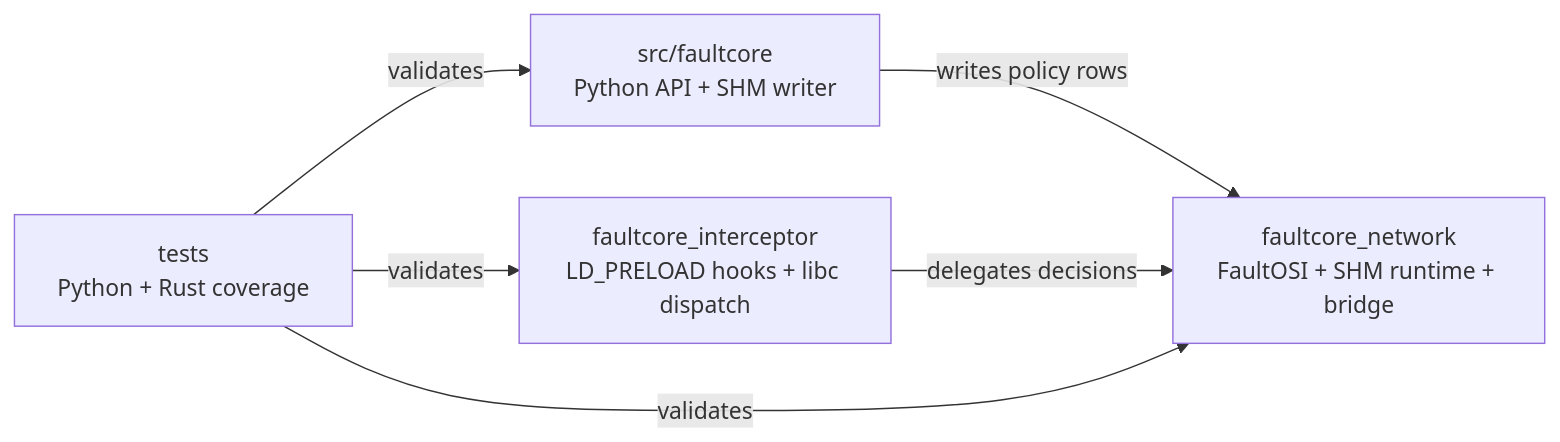
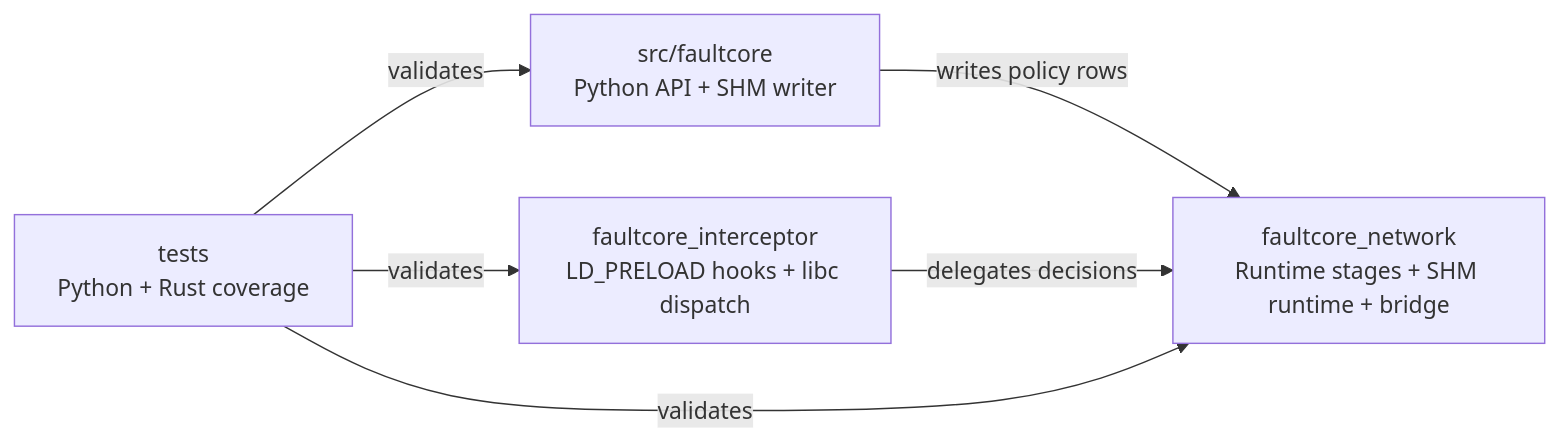
The first of 3 diagrams in docs/architecture.md (albertobadia/faultcore), drawn with Mermaid before and after one commit. The commit also changed other lines of this file and 64 other files, not shown here.

Commit message:
IMPROVE: Add type hints, return annotations, and use context managers for socket operations across codebase CHANGE: Rename FaultOSI terminology to runtime-stage execution graph (R0..R8) in architecture docs

````diff
--- a/docs/architecture.md
+++ b/docs/architecture.md
@@ -22,13 +22,13 @@
 ```mermaid
 flowchart LR
     P["src/faultcore<br/>Python API + SHM writer"]
-    N["faultcore_network<br/>FaultOSI + SHM runtime + bridge"]
+    N["faultcore_network<br/>Runtime stages + SHM runtime + bridge"]
     I["faultcore_interceptor<br/>LD_PRELOAD hooks + libc dispatch"]
     T["tests<br/>Python + Rust coverage"]
 
     P -->|"writes policy rows"| N
     I -->|"delegates decisions"| N
     T -->|"validates"| P
     T -->|"validates"| N
     T -->|"validates"| I
 ```
````
